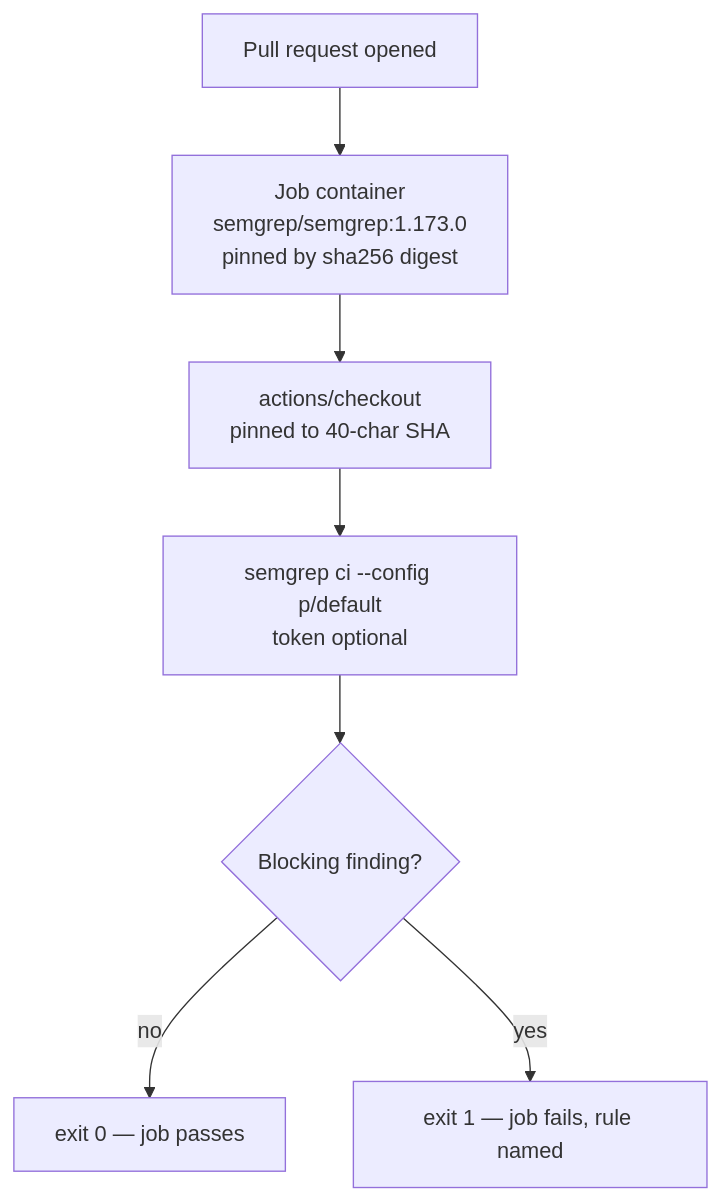
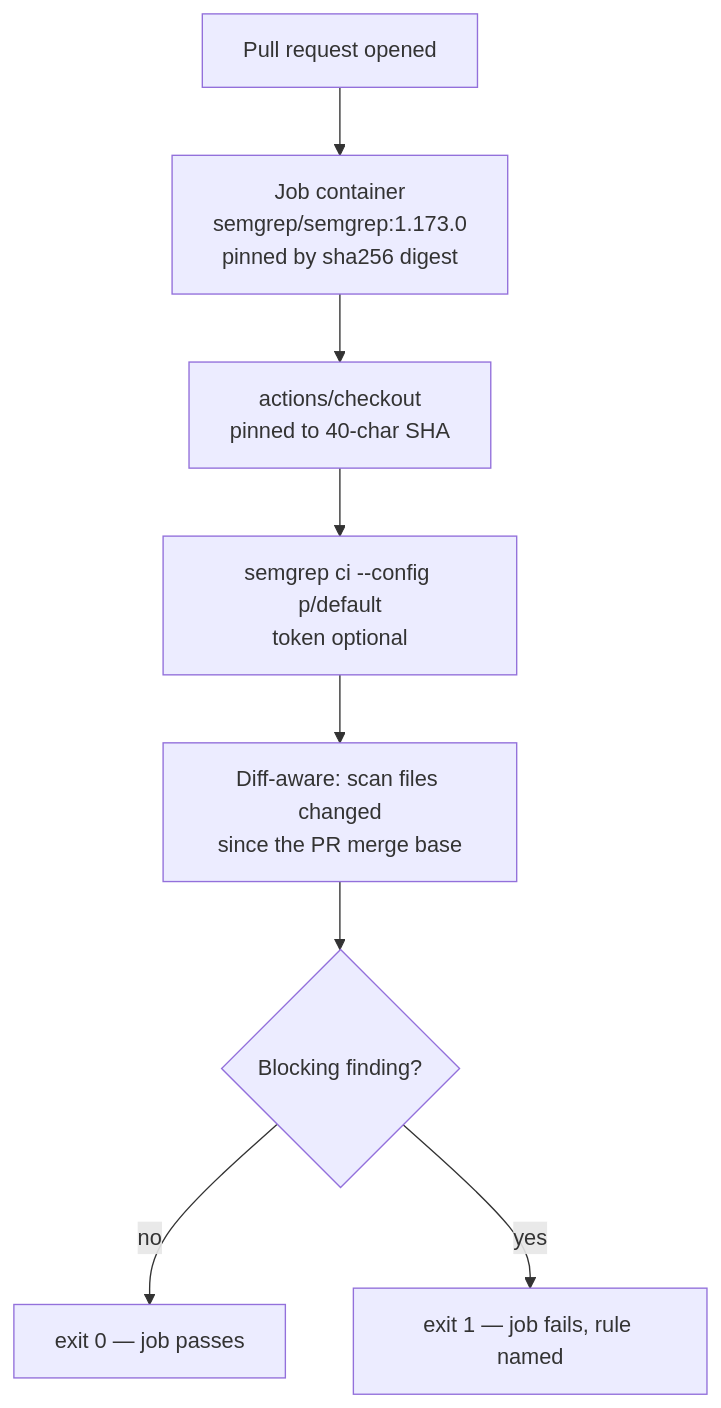
The diagram in docs/archive/pr-summaries/pr-summary-10.md (stSoftwareAU/NEAT-AI-Snapshot), drawn with Mermaid before and after one commit. The commit also changed other lines of this file, not shown here.

First line of the commit message:
Record live CI evidence and diff-aware behaviour in PR summary (#10)

````diff
--- a/docs/archive/pr-summaries/pr-summary-10.md
+++ b/docs/archive/pr-summaries/pr-summary-10.md
@@ -40,9 +42,10 @@
 ```mermaid
 flowchart TD
     PR[Pull request opened] --> C[Job container<br/>semgrep/semgrep:1.173.0<br/>pinned by sha256 digest]
     C --> CO[actions/checkout<br/>pinned to 40-char SHA]
     CO --> S[semgrep ci --config p/default<br/>token optional]
-    S --> Q{Blocking finding?}
+    S --> D[Diff-aware: scan files changed<br/>since the PR merge base]
+    D --> Q{Blocking finding?}
     Q -->|no| P[exit 0 — job passes]
     Q -->|yes| F[exit 1 — job fails, rule named]
 ```
````
